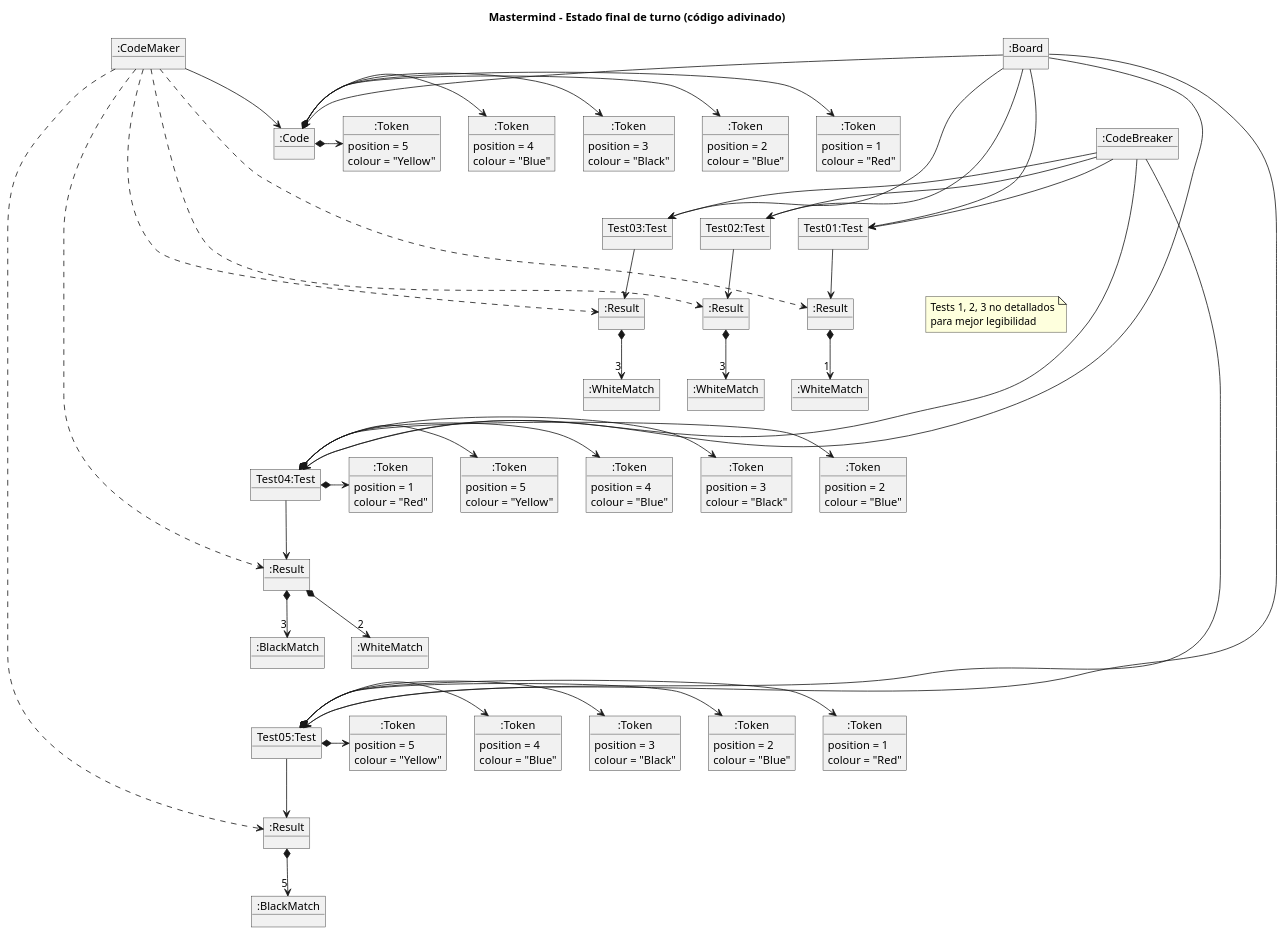
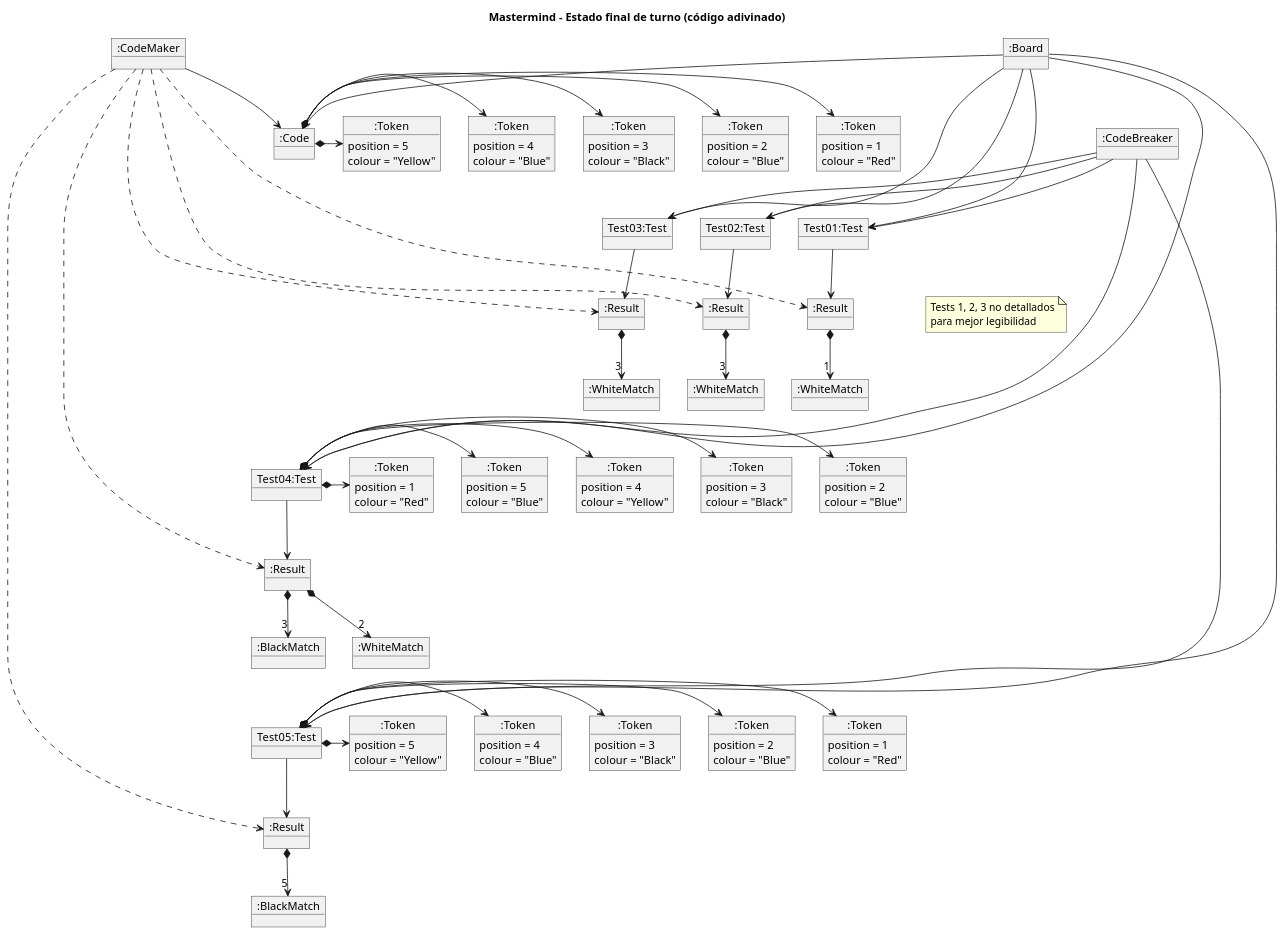
Before and after one commit to Master-Desarrollo-20-21/ejercicio-2-modelo-de-dominio-mastermind-nihillo: the diagram in plantuml/state-codebroken.puml, drawn with PlantUML. The commit also changed other lines of this file and 1 other file, not shown here.

```diff
--- a/plantuml/state-codebroken.puml
+++ b/plantuml/state-codebroken.puml
@@ -1,178 +1,178 @@
 @startuml
 
 title Mastermind - Estado final de turno (código adivinado)
 
 'OBJECTS'
 object ":Board" as Board
 object ":CodeMaker" as CodeMaker
 object ":CodeBreaker" as CodeBreaker
 together {
 
     together {
         object "Test01:Test" as Test01
         object ":Result" as Result01
         object ":WhiteMatch" as WhiteMatch01
         object "Test02:Test" as Test02
         object ":Result" as Result02
         object ":WhiteMatch" as WhiteMatch02
         object "Test03:Test" as Test03
         object ":Result" as Result03
         object ":WhiteMatch" as WhiteMatch03
     }
 
     together {
 
         object "Test04:Test" as Test04
         object ":Token" as Token041 {
             position = 1
             colour = "Red"
         }
         object ":Token" as Token042 {
             position = 2
             colour = "Blue"
         }
         object ":Token" as Token043 {
             position = 3
             colour = "Black"
         }
         object ":Token" as Token044 {
             position = 4
-            colour = "Blue"
+            colour = "Yellow"
         }
         object ":Token" as Token045 {
             position = 5
-            colour = "Yellow"
+            colour = "Blue"
         }
         object ":Result" as Result04
         object ":BlackMatch" as BlackMatch04
         object ":WhiteMatch" as WhiteMatch04
     }
     together {
         object "Test05:Test" as Test05
         object ":Token" as Token051 {
             position = 1
             colour = "Red"
         }
         object ":Token" as Token052 {
             position = 2
             colour = "Blue"
         }
         object ":Token" as Token053 {
             position = 3
             colour = "Black"
         }
         object ":Token" as Token054 {
             position = 4
             colour = "Blue"
         }
         object ":Token" as Token055 {
             position = 5
             colour = "Yellow"
         }
         object ":Result" as Result05
         object ":BlackMatch" as BlackMatch05
     }
 
     together {
         object ":Code" as Code
         object ":Token" as Token001 {
             position = 1
             colour = "Red"
         }
         object ":Token" as Token002 {
             position = 2
             colour = "Blue"
         }
         object ":Token" as Token003 {
             position = 3
             colour = "Black"
         }
         object ":Token" as Token004 {
             position = 4
             colour = "Blue"
         }
         object ":Token" as Token005 {
             position = 5
             colour = "Yellow"
         }
     }
 }
 
 
 
 'RELATIONSHIPS'
 Board --> Code
 Board --> Test01
 Board --> Test02
 Board --> Test03
 Board --> Test04
 Board --> Test05
 
 CodeMaker --> Code
 CodeBreaker --> Test01
 CodeBreaker --> Test02
 CodeBreaker --> Test03
 CodeBreaker --> Test04
 CodeBreaker --> Test05
 CodeMaker ..> Result01
 CodeMaker ..> Result02
 CodeMaker ..> Result03
 CodeMaker ..> Result04
 CodeMaker ..> Result05
 
 'TEST LINE 01 RELATIONSHIPS'
 Test01 --> Result01
 Result01 *--> "1" WhiteMatch01
 
 'TEST LINE 02 RELATIONSHIPS'
 Test02 --> Result02
 Result02 *--> "3" WhiteMatch02
 
 'TEST LINE 03 RELATIONSHIPS'
 Test03 --> Result03
 Result03 *--> "3" WhiteMatch03
 
 'TEST LINE 04 RELATIONSHIPS'
 Test04 *-right-> Token041
 Test04 *-right-> Token042
 Test04 *-right-> Token043
 Test04 *-right-> Token044
 Test04 *-right-> Token045
 
 Test04 --> Result04
 Result04 *--> "3" BlackMatch04
 Result04 *--> "2" WhiteMatch04
 
 
 'TEST LINE 05 RELATIONSHIPS'
 
 Test05 *-right-> Token051
 Test05 *-right-> Token052
 Test05 *-right-> Token053
 Test05 *-right-> Token054
 Test05 *-right-> Token055
 
 Test05 --> Result05
 Result05 *--> "5" BlackMatch05
 
 'CODE LINE RELATIONSHIPS'
 
 Code *-right-> Token001
 Code *-right-> Token002
 Code *-right-> Token003
 Code *-right-> Token004
 Code *-right-> Token005
 
 note as N1
 Tests 1, 2, 3 no detallados
 para mejor legibilidad
 end note
 
 'FORCE LAYOUT'
 Code -[hidden]-> Test03
 Test01 -[hidden]-> Test04
 WhiteMatch03 -[hidden]-> Test04
 WhiteMatch04 -[hidden]-> Test05
 Test03 -[hidden]- N1
 
 @enduml
```
